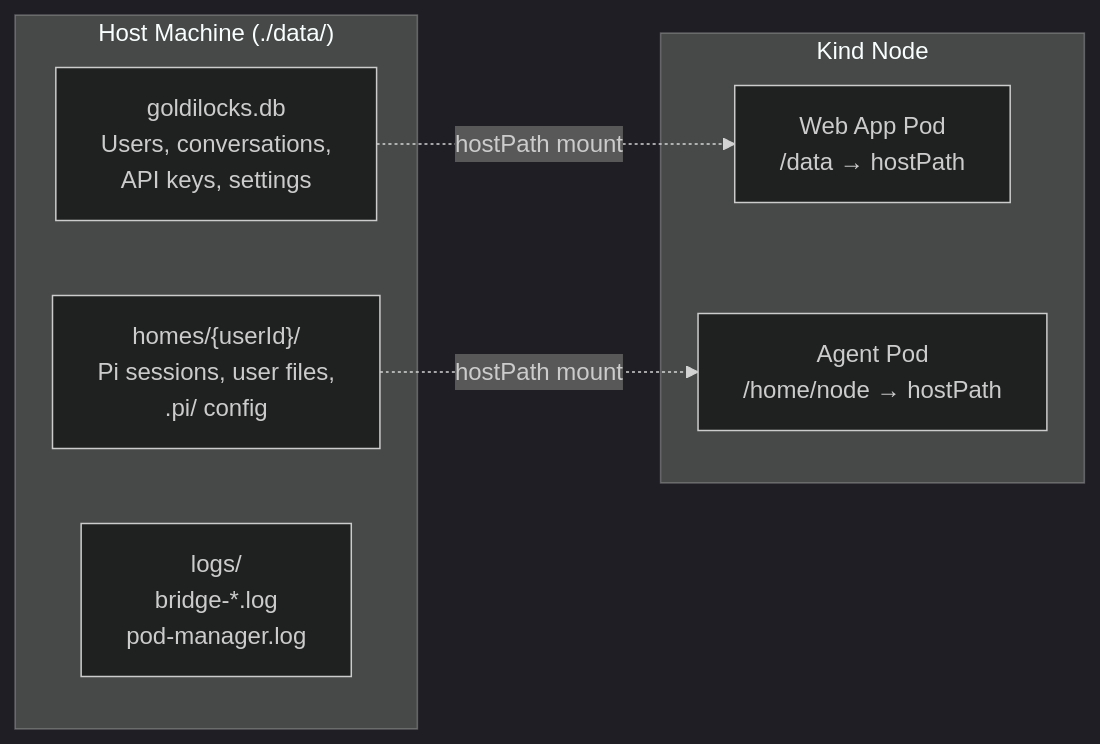
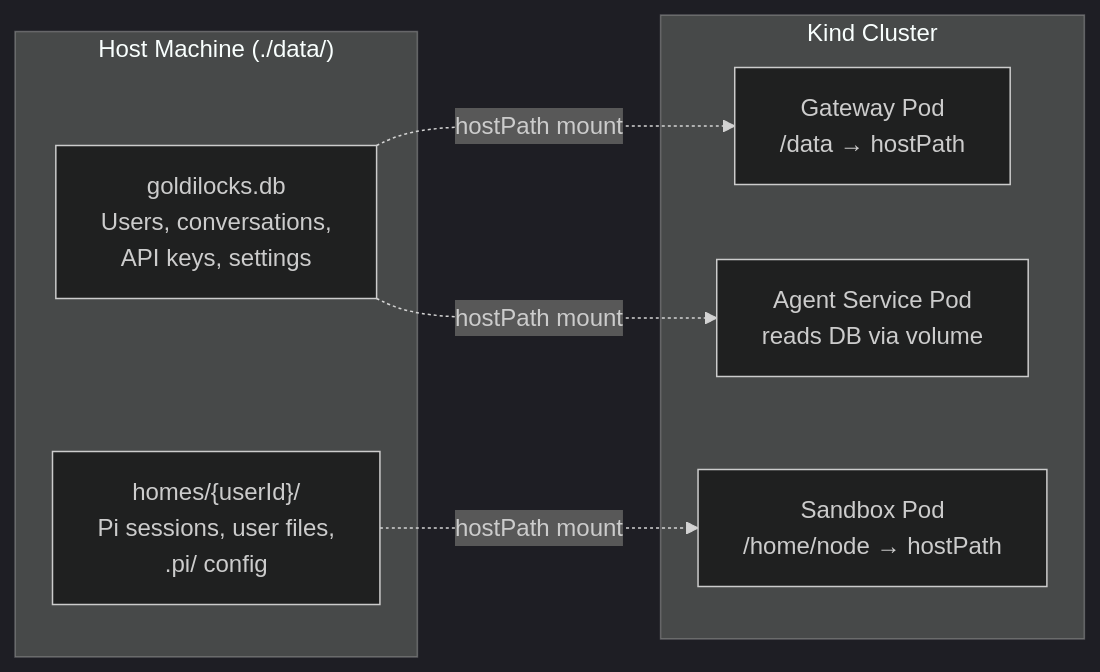
The fifth of 5 diagrams in docs/architecture/data-flow.md (sigilmakes/goldilocks-app), drawn with Mermaid (dark theme) before and after one commit. The commit also changed other lines of this file and 7 other files, not shown here.

First line of the commit message:
docs: rewrite architecture docs for agent-service topology

````diff
--- a/docs/architecture/data-flow.md
+++ b/docs/architecture/data-flow.md
@@ -111,15 +93,16 @@
 ```mermaid
 graph LR
     subgraph Host["Host Machine (./data/)"]
         SQLite["goldilocks.db<br/>Users, conversations,<br/>API keys, settings"]
         Homes["homes/{userId}/<br/>Pi sessions, user files,<br/>.pi/ config"]
-        Logs["logs/<br/>bridge-*.log<br/>pod-manager.log"]
     end
-    subgraph Kind["Kind Node"]
-        WebPod["Web App Pod<br/>/data → hostPath"]
-        AgentPod["Agent Pod<br/>/home/node → hostPath"]
+    subgraph Kind["Kind Cluster"]
+        WebPod["Gateway Pod<br/>/data → hostPath"]
+        AgentPod["Agent Service Pod<br/>reads DB via volume"]
+        SandboxPod["Sandbox Pod<br/>/home/node → hostPath"]
     end
 
     SQLite -.->|"hostPath mount"| WebPod
-    Homes -.->|"hostPath mount"| AgentPod
+    SQLite -.->|"hostPath mount"| AgentPod
+    Homes -.->|"hostPath mount"| SandboxPod
 ```
````
